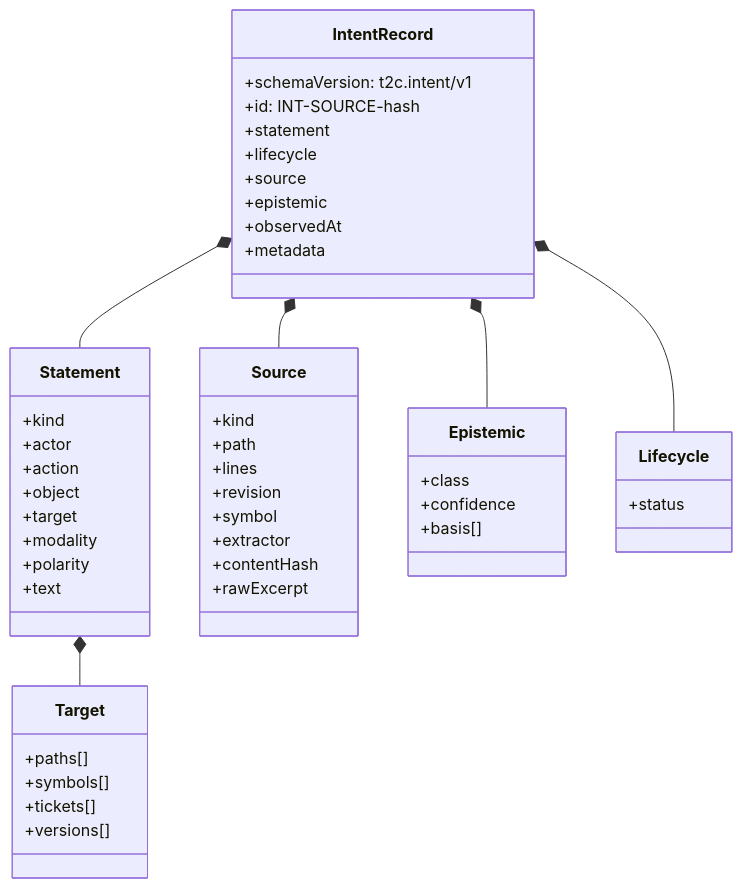
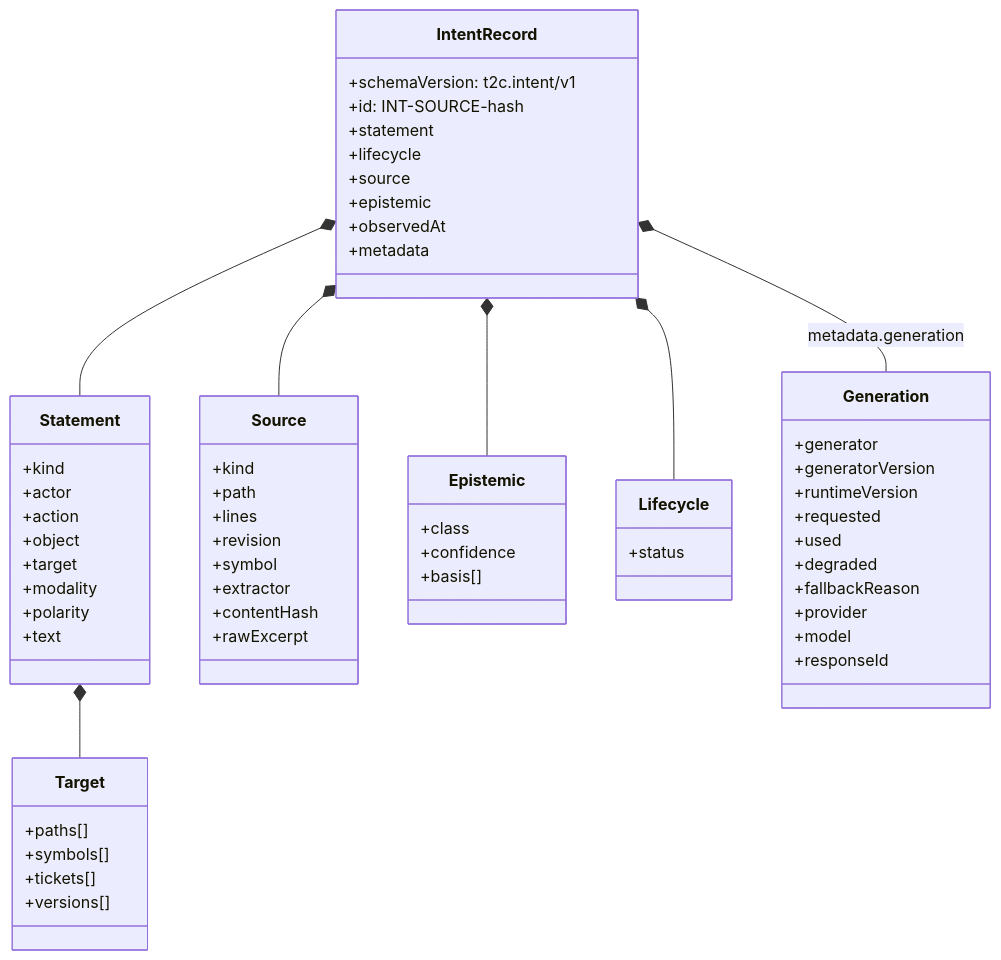
Before and after one commit to autogrammar/todo2code: the third of 7 diagrams in docs/PIPELINE_DSL_NL.md, drawn with Mermaid. The commit also changed 55 other files, not shown here.

````diff
--- a/docs/PIPELINE_DSL_NL.md
+++ b/docs/PIPELINE_DSL_NL.md
@@ -172,53 +172,66 @@
 ```mermaid
 classDiagram
     class IntentRecord {
         +schemaVersion: t2c.intent/v1
         +id: INT-SOURCE-hash
         +statement
         +lifecycle
         +source
         +epistemic
         +observedAt
         +metadata
     }
     class Statement {
         +kind
         +actor
         +action
         +object
         +target
         +modality
         +polarity
         +text
     }
     class Target {
         +paths[]
         +symbols[]
         +tickets[]
         +versions[]
     }
     class Source {
         +kind
         +path
         +lines
         +revision
         +symbol
         +extractor
         +contentHash
         +rawExcerpt
     }
     class Epistemic {
         +class
         +confidence
         +basis[]
     }
     class Lifecycle {
         +status
     }
+    class Generation {
+        +generator
+        +generatorVersion
+        +runtimeVersion
+        +requested
+        +used
+        +degraded
+        +fallbackReason
+        +provider
+        +model
+        +responseId
+    }
 
     IntentRecord *-- Statement
     IntentRecord *-- Source
     IntentRecord *-- Epistemic
     IntentRecord *-- Lifecycle
+    IntentRecord *-- Generation : metadata.generation
     Statement *-- Target
 ```
````
